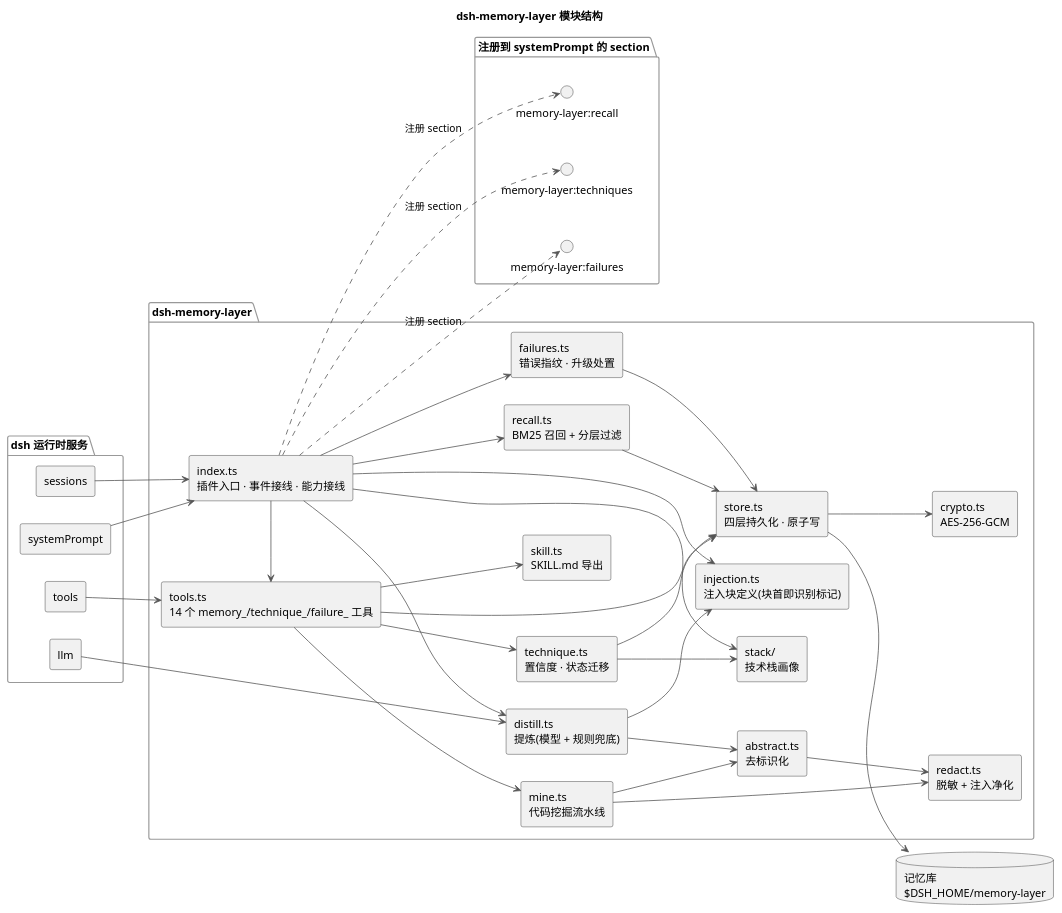
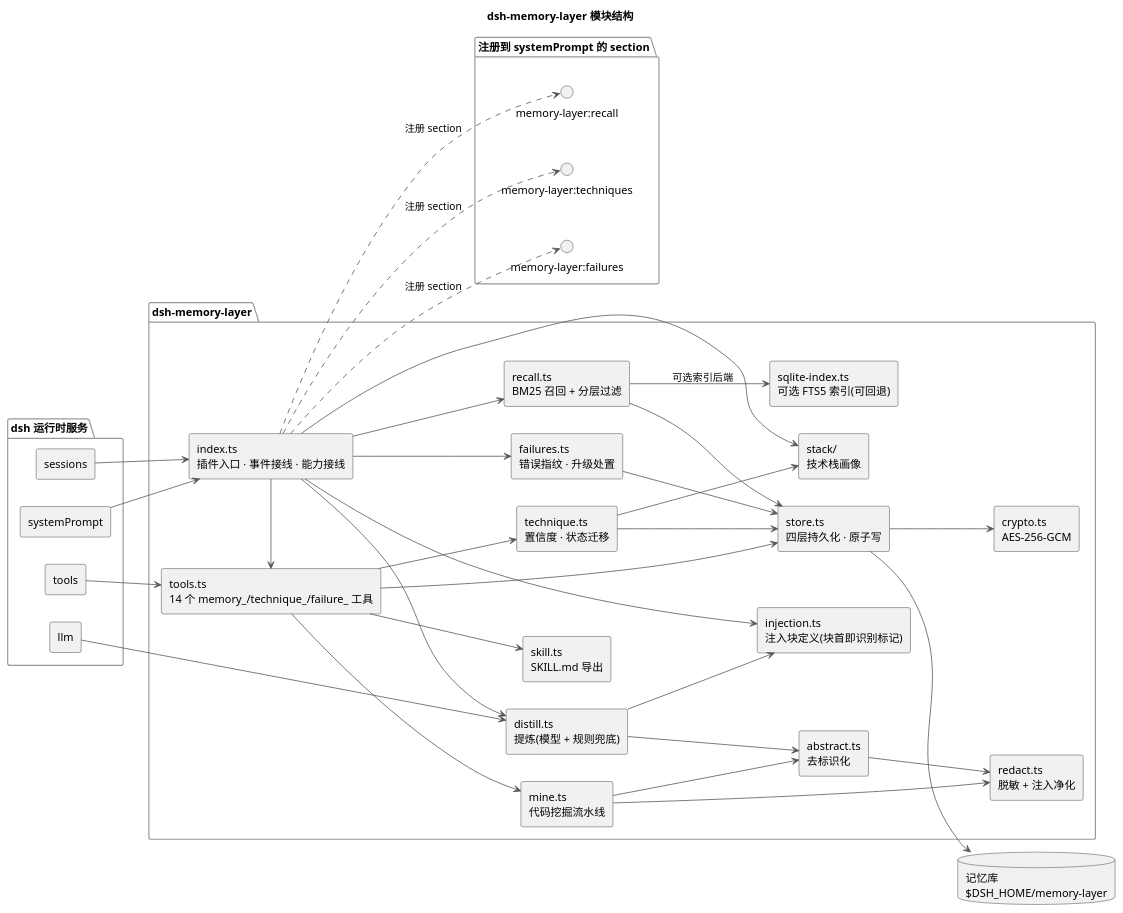
Before and after one commit to raitpor/dsh-memory-layer: the first of 5 diagrams in docs/architecture.puml, drawn with PlantUML. The commit also changed 16 other files, not shown here.

```diff
--- a/docs/architecture.puml
+++ b/docs/architecture.puml
@@ -1,76 +1,78 @@
 @startuml dsh-memory-layer-modules
 title dsh-memory-layer 模块结构
 
 skinparam componentStyle rectangle
 skinparam shadowing false
 skinparam ArrowColor #555555
 skinparam PackageBorderColor #999999
 
 left to right direction
 
 package "dsh 运行时服务" as RT {
   component "sessions" as SESS
   component "systemPrompt" as PROMPT
   component "tools" as TOOLS
   component "llm" as LLM
 }
 
 package "dsh-memory-layer" as ML {
   component "index.ts\n插件入口 · 事件接线 · 能力接线" as IDX
   component "tools.ts\n14 个 memory_/technique_/failure_ 工具" as TOOLS_IMPL
   component "store.ts\n四层持久化 · 原子写" as STORE
   component "distill.ts\n提炼(模型 + 规则兜底)" as DIST
   component "injection.ts\n注入块定义(块首即识别标记)" as INJ
   component "recall.ts\nBM25 召回 + 分层过滤" as REC
+  component "sqlite-index.ts\n可选 FTS5 索引(可回退)" as SQLIDX
   component "technique.ts\n置信度 · 状态迁移" as TECH
   component "failures.ts\n错误指纹 · 升级处置" as FAIL
   component "mine.ts\n代码挖掘流水线" as MINE
   component "abstract.ts\n去标识化" as ABS
   component "redact.ts\n脱敏 + 注入净化" as RED
   component "crypto.ts\nAES-256-GCM" as CRY
   component "stack/\n技术栈画像" as STK
   component "skill.ts\nSKILL.md 导出" as SKILL
 }
 
 package "注册到 systemPrompt 的 section" as SEC {
   interface "memory-layer:recall" as IREC
   interface "memory-layer:techniques" as ITECH
   interface "memory-layer:failures" as IFAIL
 }
 
 database "记忆库\n$DSH_HOME/memory-layer" as DB
 
 SESS --> IDX
 PROMPT --> IDX
 TOOLS --> TOOLS_IMPL
 LLM --> DIST
 
 IDX -right-> TOOLS_IMPL
 IDX ..> IREC : 注册 section
 IDX ..> ITECH : 注册 section
 IDX ..> IFAIL : 注册 section
 
 TOOLS_IMPL --> STORE
 TOOLS_IMPL --> TECH
 TOOLS_IMPL --> MINE
 TOOLS_IMPL --> SKILL
 IDX --> DIST
 IDX --> INJ
 DIST --> INJ
 IDX --> REC
 IDX --> FAIL
 IDX --> STK
 
 DIST --> ABS
 ABS --> RED
 MINE --> ABS
 MINE --> RED
 TECH --> STK
 STORE --> CRY
 STORE --> DB
 
 REC -down-> STORE
+REC -down-> SQLIDX : 可选索引后端
 TECH -down-> STORE
 FAIL -down-> STORE
 
 @enduml
```
